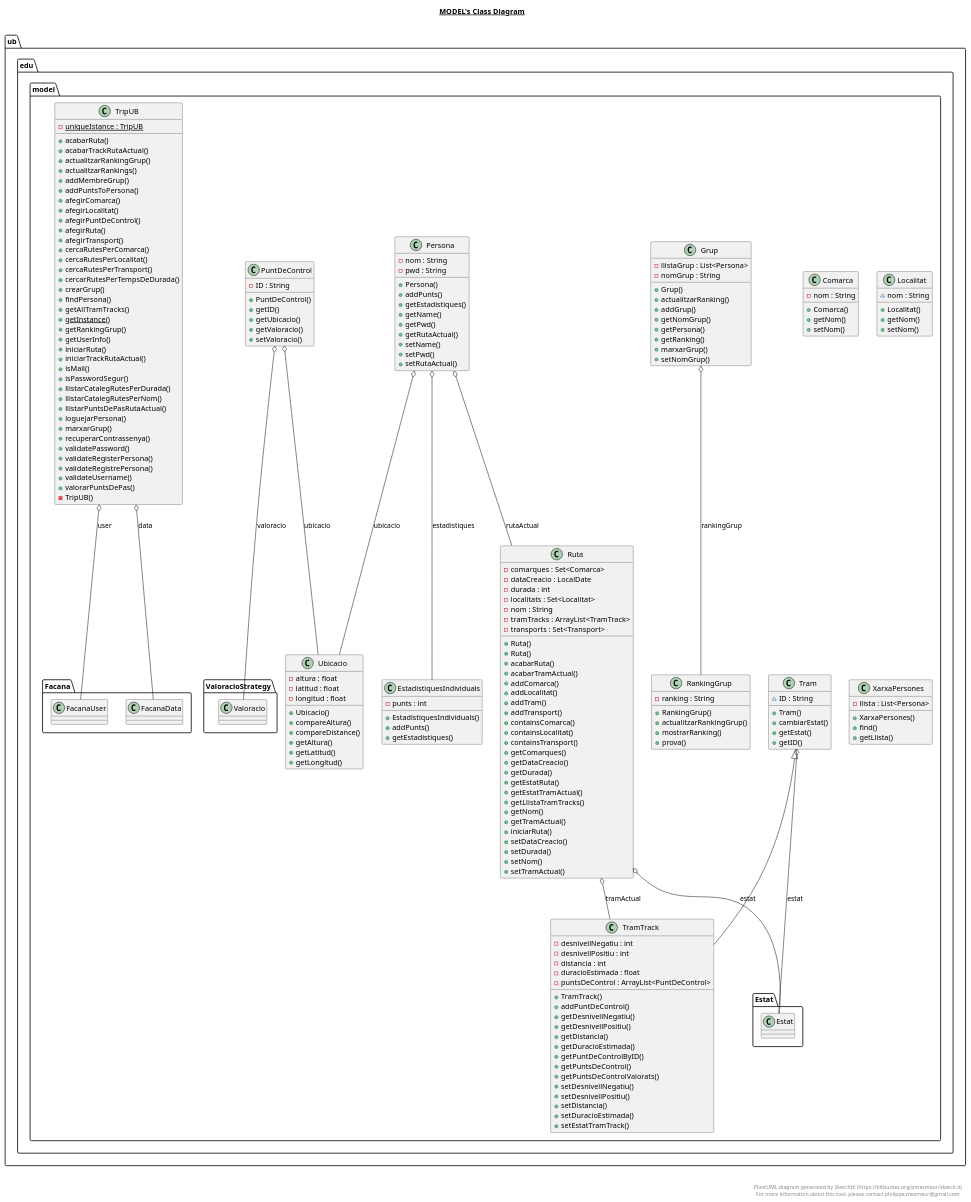
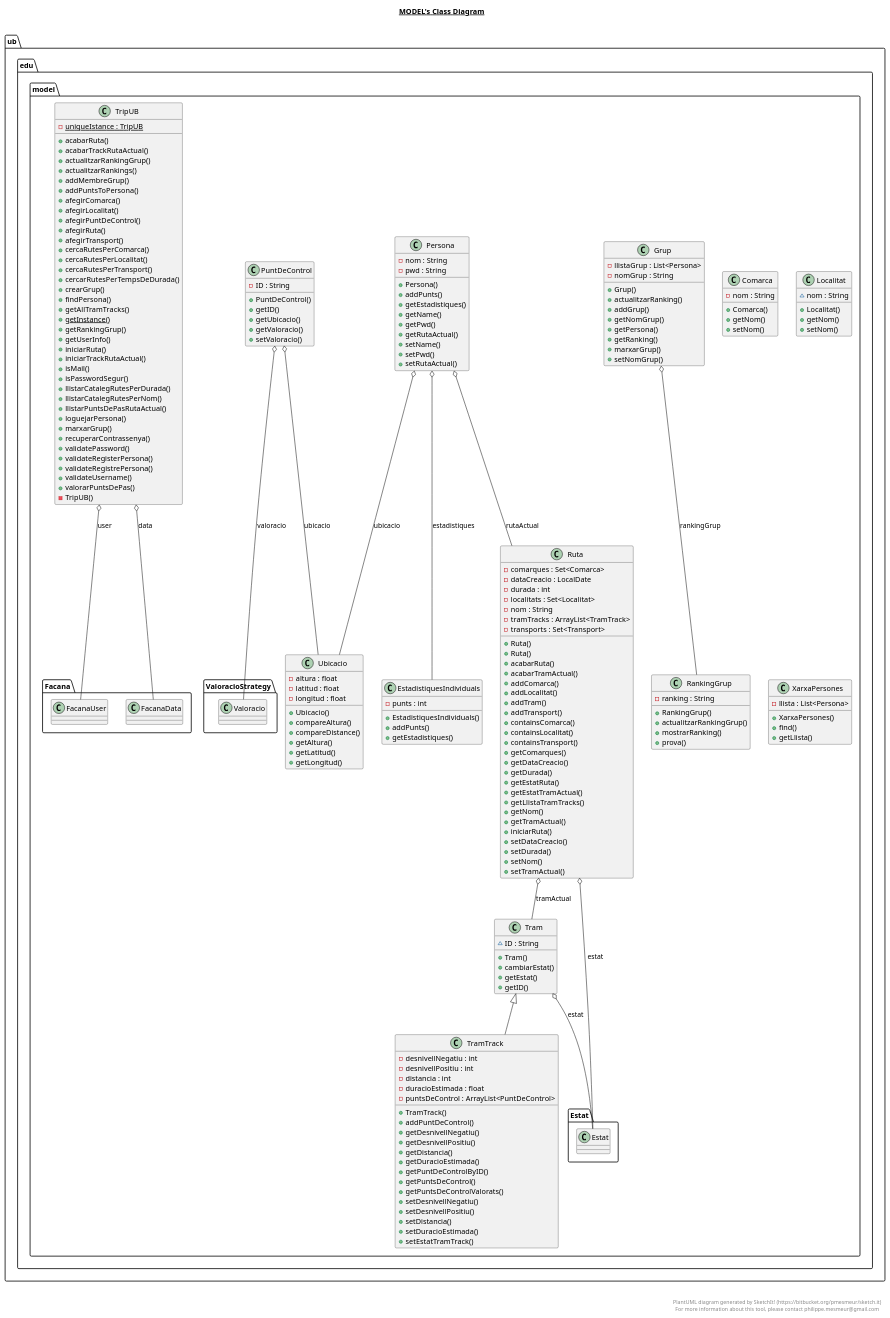
Before and after one commit to Samot2003/p3-tripu-dao-a12_reava: the diagram in out/production/p2-tripu-dao-a12/ub/edu/model/model.plantuml, drawn with PlantUML. The commit also changed 17 other files, not shown here.

```diff
--- a/out/production/p2-tripu-dao-a12/ub/edu/model/model.plantuml
+++ b/out/production/p2-tripu-dao-a12/ub/edu/model/model.plantuml
@@ -237,7 +237,7 @@
   ub.edu.model.PuntDeControl o-- ub.edu.model.Ubicacio : ubicacio
   ub.edu.model.PuntDeControl o-- ub.edu.model.ValoracioStrategy.Valoracio : valoracio
   ub.edu.model.Ruta o-- ub.edu.model.Estat.Estat : estat
-  ub.edu.model.Ruta o-- ub.edu.model.TramTrack : tramActual
+  ub.edu.model.Ruta o-- ub.edu.model.Tram : tramActual
   ub.edu.model.Tram o-- ub.edu.model.Estat.Estat : estat
   ub.edu.model.TramTrack -up-|> ub.edu.model.Tram
   ub.edu.model.TripUB o-- ub.edu.model.Facana.FacanaData : data
```
